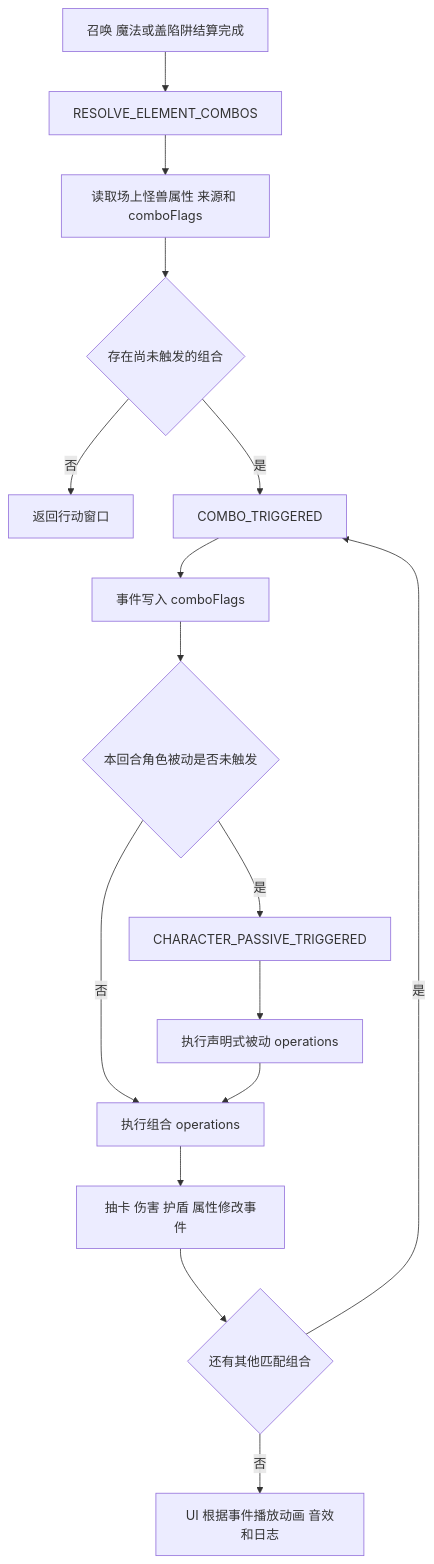
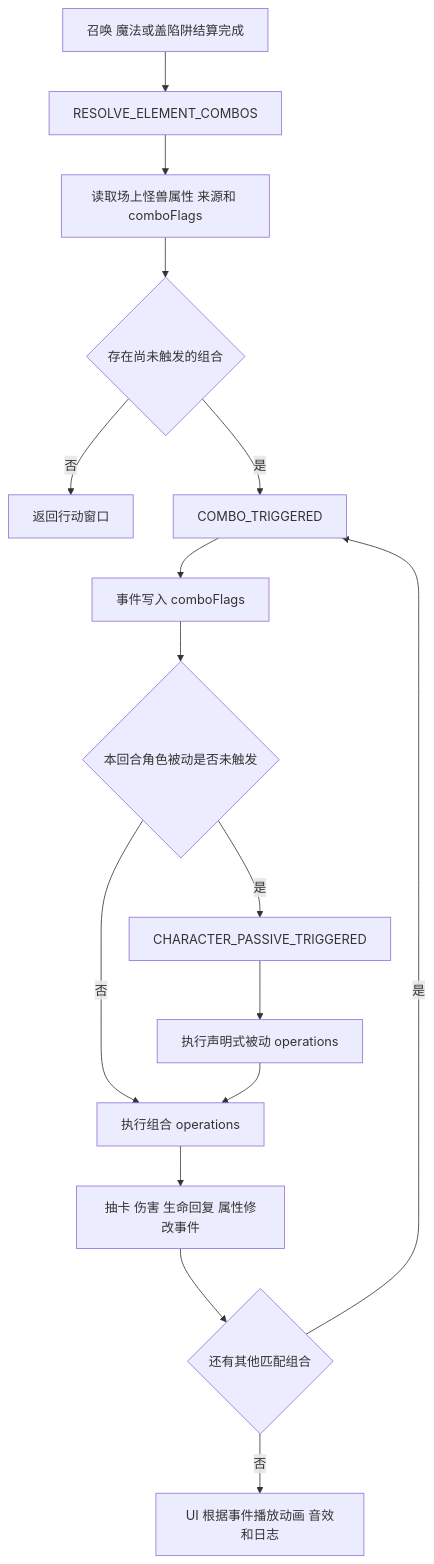
One commit to ssssaaa111/play_card_game changed the tenth of 14 diagrams in GAME_FLOW.md. Above: the diagram before and after it, drawn with Mermaid. The commit also changed other lines of this file and 54 other files, not shown here.

````diff
--- a/GAME_FLOW.md
+++ b/GAME_FLOW.md
@@ -248,18 +248,18 @@
 ```mermaid
 flowchart TD
     ActionDone[召唤 魔法或盖陷阱结算完成] --> Command[RESOLVE_ELEMENT_COMBOS]
     Command --> Read[读取场上怪兽属性 来源和 comboFlags]
     Read --> Match{存在尚未触发的组合}
     Match -->|否| Return[返回行动窗口]
     Match -->|是| ComboEvent[COMBO_TRIGGERED]
     ComboEvent --> Mark[事件写入 comboFlags]
     Mark --> Passive{本回合角色被动是否未触发}
     Passive -->|是| PassiveEvent[CHARACTER_PASSIVE_TRIGGERED]
     PassiveEvent --> PassiveOps[执行声明式被动 operations]
     Passive -->|否| ComboOps[执行组合 operations]
     PassiveOps --> ComboOps
-    ComboOps --> RuleEvents[抽卡 伤害 护盾 属性修改事件]
+    ComboOps --> RuleEvents[抽卡 伤害 生命回复 属性修改事件]
     RuleEvents --> More{还有其他匹配组合}
     More -->|是| ComboEvent
     More -->|否| Feedback[UI 根据事件播放动画 音效和日志]
 ```
````
